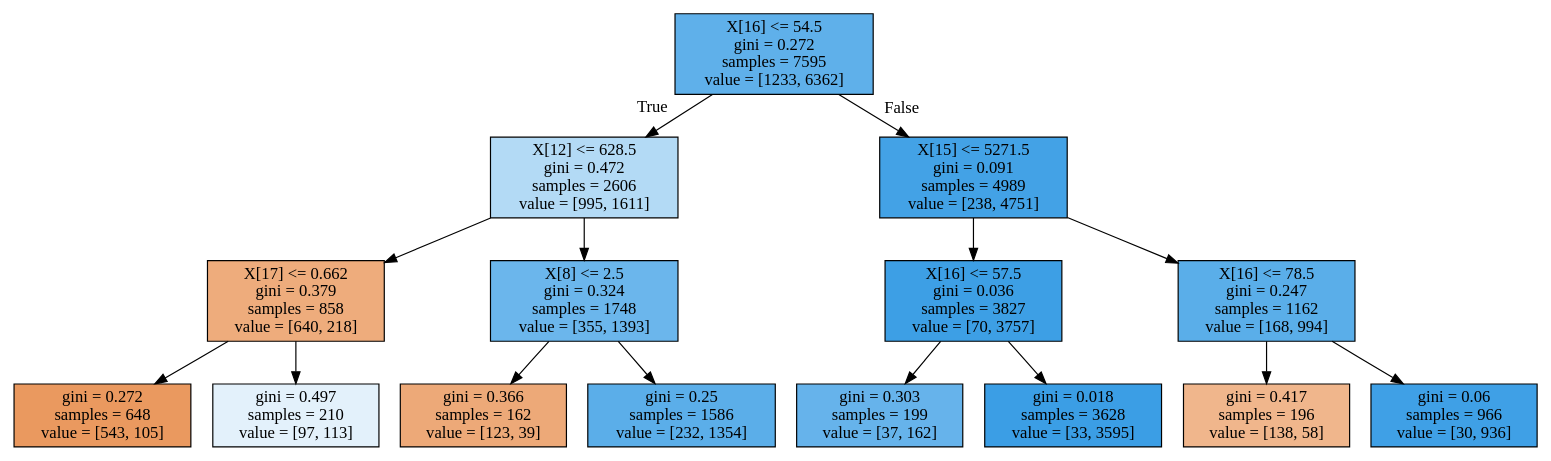
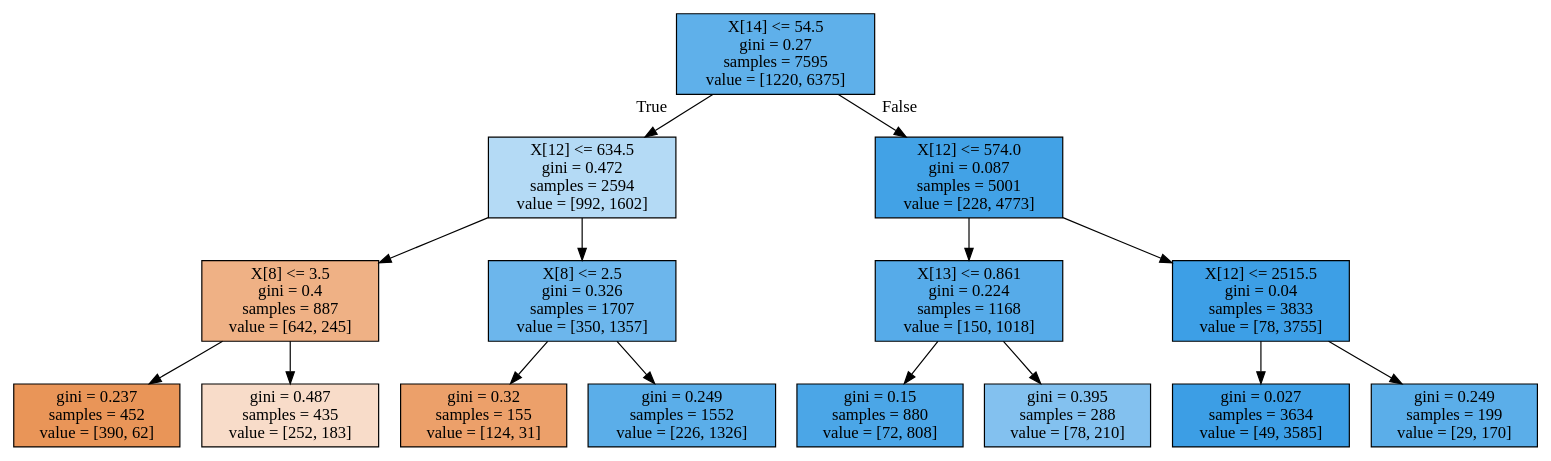
Before and after one commit to Ahn-seongjun/DS_team2: the diagram in younghunahn/tree.dot, drawn with Graphviz. The commit also changed 7 other files, not shown here.

```diff
--- a/younghunahn/tree.dot
+++ b/younghunahn/tree.dot
@@ -1,32 +1,32 @@
 digraph Tree {
 node [shape=box, style="filled", color="black"] ;
-0 [label="X[16] <= 54.5\ngini = 0.272\nsamples = 7595\nvalue = [1233, 6362]", fillcolor="#5fb0ea"] ;
-1 [label="X[12] <= 628.5\ngini = 0.472\nsamples = 2606\nvalue = [995, 1611]", fillcolor="#b3daf5"] ;
+0 [label="X[14] <= 54.5\ngini = 0.27\nsamples = 7595\nvalue = [1220, 6375]", fillcolor="#5fb0ea"] ;
+1 [label="X[12] <= 634.5\ngini = 0.472\nsamples = 2594\nvalue = [992, 1602]", fillcolor="#b4daf5"] ;
 0 -> 1 [labeldistance=2.5, labelangle=45, headlabel="True"] ;
-2 [label="X[17] <= 0.662\ngini = 0.379\nsamples = 858\nvalue = [640, 218]", fillcolor="#eeac7c"] ;
+2 [label="X[8] <= 3.5\ngini = 0.4\nsamples = 887\nvalue = [642, 245]", fillcolor="#efb185"] ;
 1 -> 2 ;
-3 [label="gini = 0.272\nsamples = 648\nvalue = [543, 105]", fillcolor="#ea995f"] ;
+3 [label="gini = 0.237\nsamples = 452\nvalue = [390, 62]", fillcolor="#e99558"] ;
 2 -> 3 ;
-4 [label="gini = 0.497\nsamples = 210\nvalue = [97, 113]", fillcolor="#e3f1fb"] ;
+4 [label="gini = 0.487\nsamples = 435\nvalue = [252, 183]", fillcolor="#f8dcc9"] ;
 2 -> 4 ;
-5 [label="X[8] <= 2.5\ngini = 0.324\nsamples = 1748\nvalue = [355, 1393]", fillcolor="#6bb6ec"] ;
+5 [label="X[8] <= 2.5\ngini = 0.326\nsamples = 1707\nvalue = [350, 1357]", fillcolor="#6cb6ec"] ;
 1 -> 5 ;
-6 [label="gini = 0.366\nsamples = 162\nvalue = [123, 39]", fillcolor="#eda978"] ;
+6 [label="gini = 0.32\nsamples = 155\nvalue = [124, 31]", fillcolor="#eca06a"] ;
 5 -> 6 ;
-7 [label="gini = 0.25\nsamples = 1586\nvalue = [232, 1354]", fillcolor="#5baee9"] ;
+7 [label="gini = 0.249\nsamples = 1552\nvalue = [226, 1326]", fillcolor="#5baee9"] ;
 5 -> 7 ;
-8 [label="X[15] <= 5271.5\ngini = 0.091\nsamples = 4989\nvalue = [238, 4751]", fillcolor="#43a2e6"] ;
+8 [label="X[12] <= 574.0\ngini = 0.087\nsamples = 5001\nvalue = [228, 4773]", fillcolor="#42a2e6"] ;
 0 -> 8 [labeldistance=2.5, labelangle=-45, headlabel="False"] ;
-9 [label="X[16] <= 57.5\ngini = 0.036\nsamples = 3827\nvalue = [70, 3757]", fillcolor="#3d9fe5"] ;
+9 [label="X[13] <= 0.861\ngini = 0.224\nsamples = 1168\nvalue = [150, 1018]", fillcolor="#56abe9"] ;
 8 -> 9 ;
-10 [label="gini = 0.303\nsamples = 199\nvalue = [37, 162]", fillcolor="#66b3eb"] ;
+10 [label="gini = 0.15\nsamples = 880\nvalue = [72, 808]", fillcolor="#4ba6e7"] ;
 9 -> 10 ;
-11 [label="gini = 0.018\nsamples = 3628\nvalue = [33, 3595]", fillcolor="#3b9ee5"] ;
+11 [label="gini = 0.395\nsamples = 288\nvalue = [78, 210]", fillcolor="#83c1ef"] ;
 9 -> 11 ;
-12 [label="X[16] <= 78.5\ngini = 0.247\nsamples = 1162\nvalue = [168, 994]", fillcolor="#5aaee9"] ;
+12 [label="X[12] <= 2515.5\ngini = 0.04\nsamples = 3833\nvalue = [78, 3755]", fillcolor="#3d9fe6"] ;
 8 -> 12 ;
-13 [label="gini = 0.417\nsamples = 196\nvalue = [138, 58]", fillcolor="#f0b68c"] ;
+13 [label="gini = 0.027\nsamples = 3634\nvalue = [49, 3585]", fillcolor="#3c9ee5"] ;
 12 -> 13 ;
-14 [label="gini = 0.06\nsamples = 966\nvalue = [30, 936]", fillcolor="#3fa0e6"] ;
+14 [label="gini = 0.249\nsamples = 199\nvalue = [29, 170]", fillcolor="#5baee9"] ;
 12 -> 14 ;
 }
```
